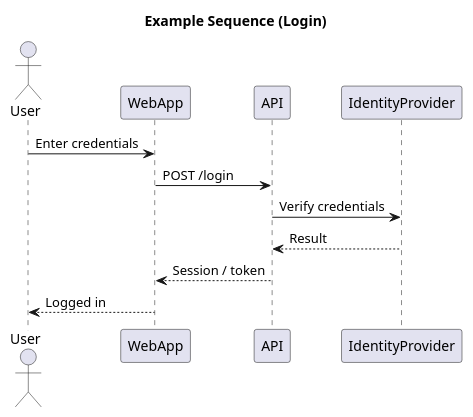
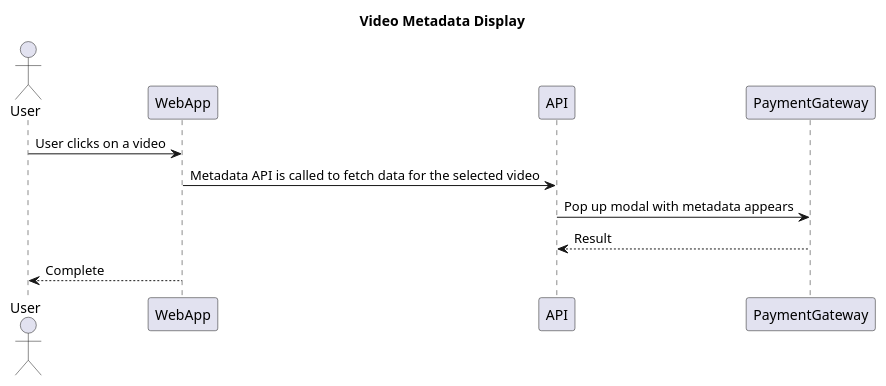
The diagram in docs/diagrams/hover-and-click/sequence.md (SevDev21/disney-ai-plus), drawn with PlantUML before and after one commit. The commit also changed other lines of this file and 11 other files, not shown here.

Commit message:
Update architecture & diagrams for project 'hover-and-click'

````diff
--- a/docs/diagrams/hover-and-click/sequence.md
+++ b/docs/diagrams/hover-and-click/sequence.md
@@ -18,21 +17,17 @@
 ```plantuml
-'Video Metadata Viewer – sequence diagram stub
-'A system that allows users to view metadata of existing videos upon clicking them.
-
 @startuml
-title Example Sequence (Login)
+title Video Metadata Display
 
 actor User
 participant WebApp
 participant API
-participant IdentityProvider
+participant PaymentGateway
 
-User -> WebApp: Enter credentials
-WebApp -> API: POST /login
-API -> IdentityProvider: Verify credentials
-IdentityProvider --> API: Result
-API --> WebApp: Session / token
-WebApp --> User: Logged in
+User -> WebApp: User clicks on a video
+WebApp -> API: Metadata API is called to fetch data for the selected video
+API -> PaymentGateway: Pop up modal with metadata appears
+PaymentGateway --> API: Result
+WebApp --> User: Complete
 
 @enduml
 ```
````
